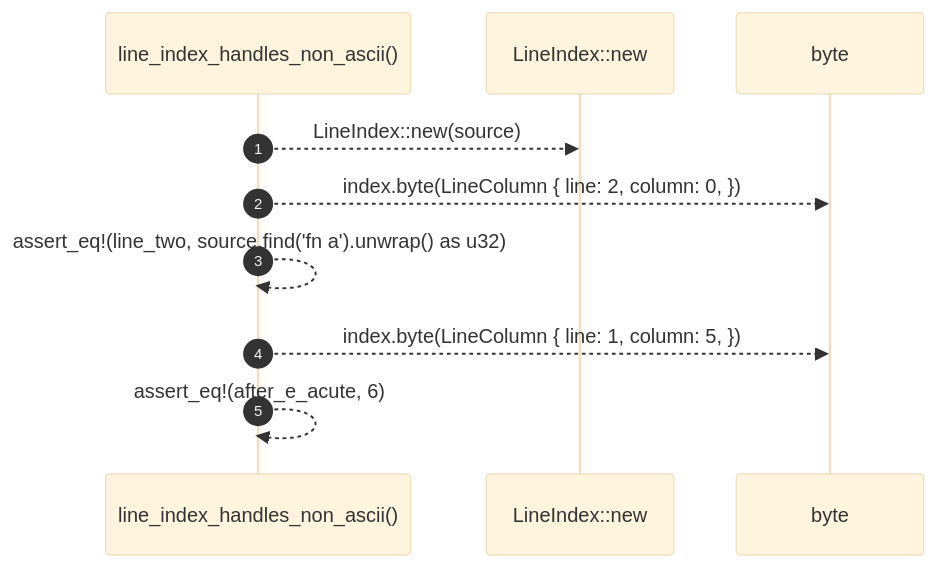
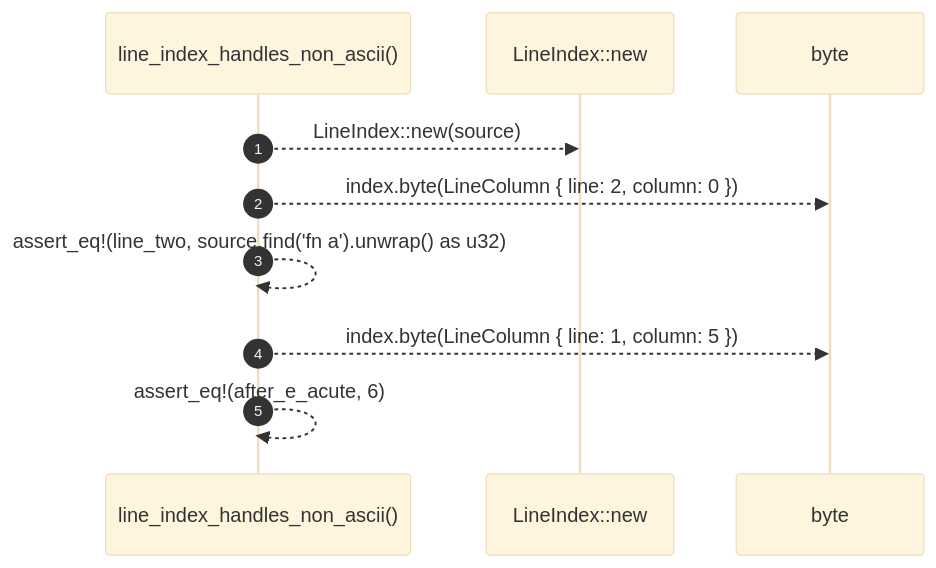
Before and after one commit to RyanGuild/self-describing-code: the diagram in docs/self-model/robby_extract/rust/tests/line-index-handles-non-ascii.md, drawn with Mermaid (base theme). The commit also changed other lines of this file and 747 other files, not shown here.

````diff
--- a/docs/self-model/robby_extract/rust/tests/line-index-handles-non-ascii.md
+++ b/docs/self-model/robby_extract/rust/tests/line-index-handles-non-ascii.md
@@ -34,12 +28,12 @@
 ```mermaid
 sequenceDiagram
     autonumber
     participant line_index_handles_non_ascii as line_index_handles_non_ascii()
     participant LineIndex__new as LineIndex::new
     participant byte as byte
     line_index_handles_non_ascii-->>LineIndex__new: LineIndex::new(source)
-    line_index_handles_non_ascii-->>byte: index.byte(LineColumn { line: 2, column: 0, })
+    line_index_handles_non_ascii-->>byte: index.byte(LineColumn { line: 2, column: 0 })
     line_index_handles_non_ascii-->>line_index_handles_non_ascii: assert_eq!(line_two, source.find('fn a').unwrap() as u32)
-    line_index_handles_non_ascii-->>byte: index.byte(LineColumn { line: 1, column: 5, })
+    line_index_handles_non_ascii-->>byte: index.byte(LineColumn { line: 1, column: 5 })
     line_index_handles_non_ascii-->>line_index_handles_non_ascii: assert_eq!(after_e_acute, 6)
 ```
````
